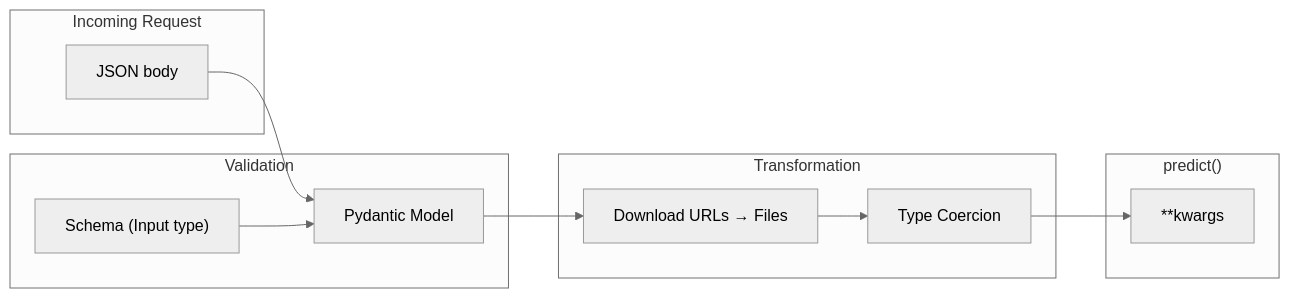
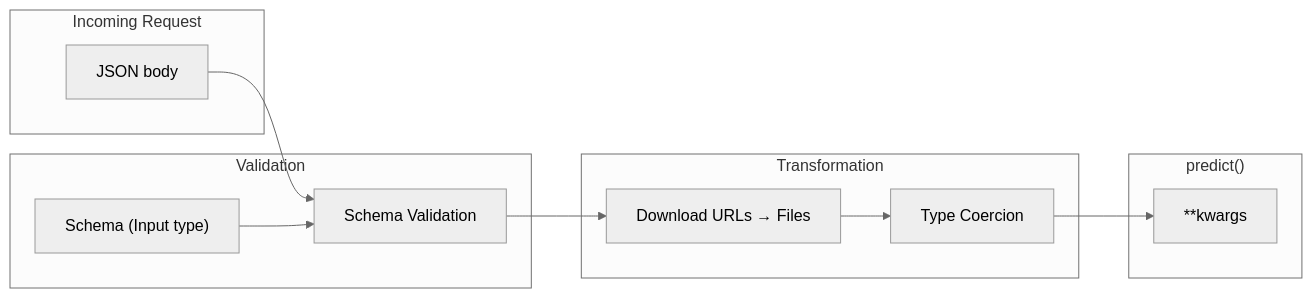
One commit to rdhanarot/cog changed the second of 4 diagrams in architecture/03-prediction-api.md. Above: the diagram before and after it, drawn with Mermaid (neutral theme). The commit also changed other lines of this file and 12 other files, not shown here.

First line of the commit message:
Update architecture docs to match the codebase (#2856)

````diff
--- a/architecture/03-prediction-api.md
+++ b/architecture/03-prediction-api.md
@@ -125,26 +194,26 @@
 ```mermaid
 flowchart LR
     subgraph request["Incoming Request"]
         json["JSON body"]
     end
     
     subgraph validation["Validation"]
         schema["Schema (Input type)"]
-        pydantic["Pydantic Model"]
+        validate["Schema Validation"]
     end
     
     subgraph transform["Transformation"]
         download["Download URLs → Files"]
         coerce["Type Coercion"]
     end
     
     subgraph predict["predict()"]
         kwargs["**kwargs"]
     end
     
-    json --> pydantic
-    schema --> pydantic
-    pydantic --> download
+    json --> validate
+    schema --> validate
+    validate --> download
     download --> coerce
     coerce --> kwargs
 ```
````
